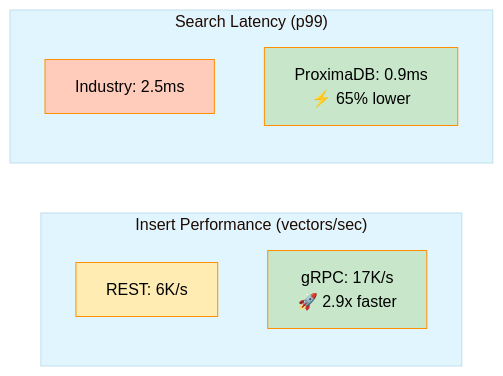
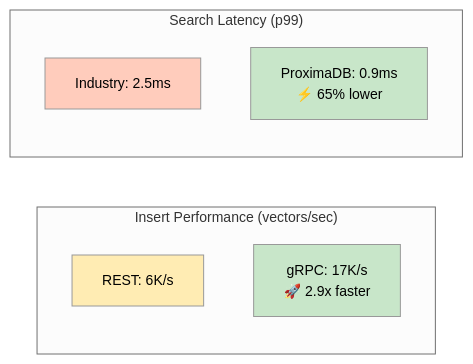
The diagram in docs/diagrams/performance-comparison.mmd (vjsingh1984/proximaDB), drawn with Mermaid before and after one commit. The commit also changed 97 other files, not shown here.

First line of the commit message:
fix: improve diagram contrast for day/night mode compatibility

```diff
--- a/docs/diagrams/performance-comparison.mmd
+++ b/docs/diagrams/performance-comparison.mmd
@@ -1,16 +1,16 @@
-%%{init: {'theme':'base', 'themeVariables': { 'primaryColor':'#ff6f00', 'primaryTextColor':'#000', 'primaryBorderColor':'#ff8f00', 'lineColor':'#5a5a5a', 'secondaryColor':'#fff3e0', 'tertiaryColor':'#e1f5fe'}}}%%
+%%{init: {"theme":"neutral", "themeVariables": {"primaryColor":"#4A90E2","primaryBorderColor":"#2563eb","secondaryColor":"#5CB85C","tertiaryColor":"#F5A623","lineColor":"#64748b","background":"transparent","fontFamily":"-apple-system, BlinkMacSystemFont, Segoe UI, Roboto, sans-serif","fontSize":"14px"}}}%%
 graph LR
     subgraph "Insert Performance (vectors/sec)"
         REST[REST: 6K/s]
         GRPC[gRPC: 17K/s<br/>🚀 2.9x faster]
     end
     
     subgraph "Search Latency (p99)"
         Industry[Industry: 2.5ms]
         ProximaDB[ProximaDB: 0.9ms<br/>⚡ 65% lower]
     end
     
     style REST fill:#ffecb3
     style GRPC fill:#c8e6c9
     style Industry fill:#ffccbc
     style ProximaDB fill:#c8e6c9
```
